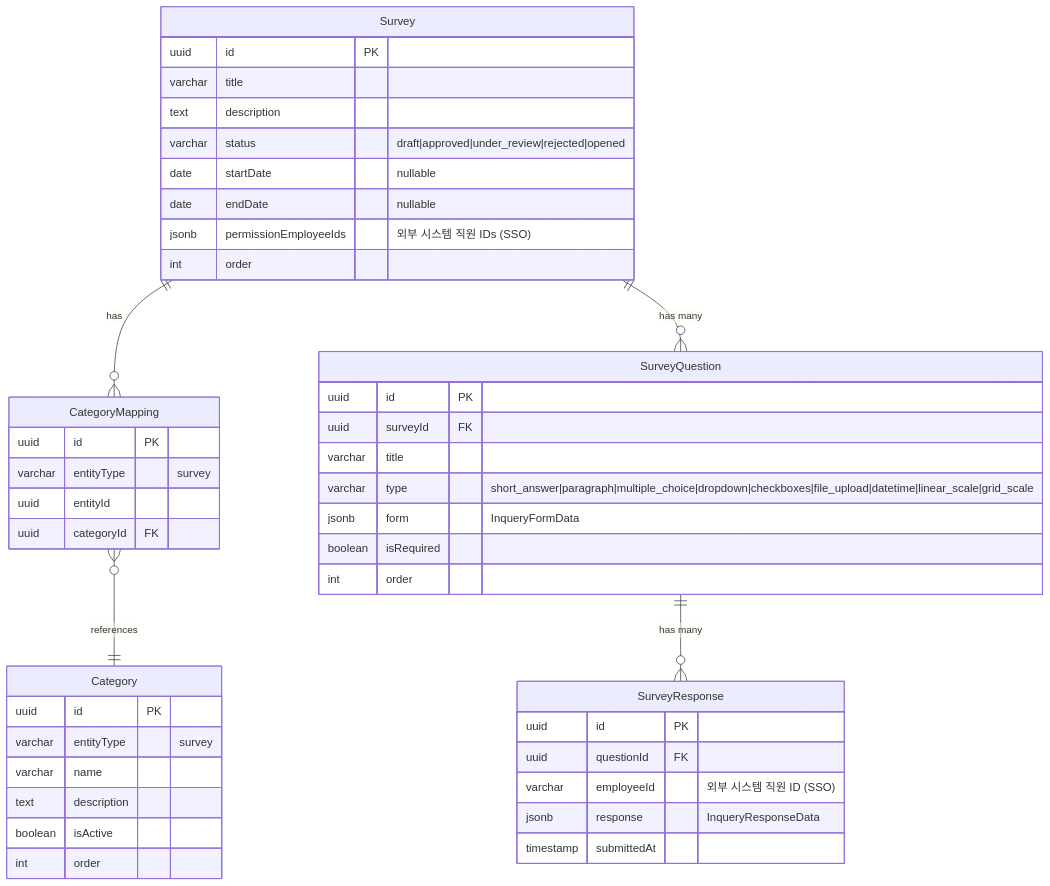
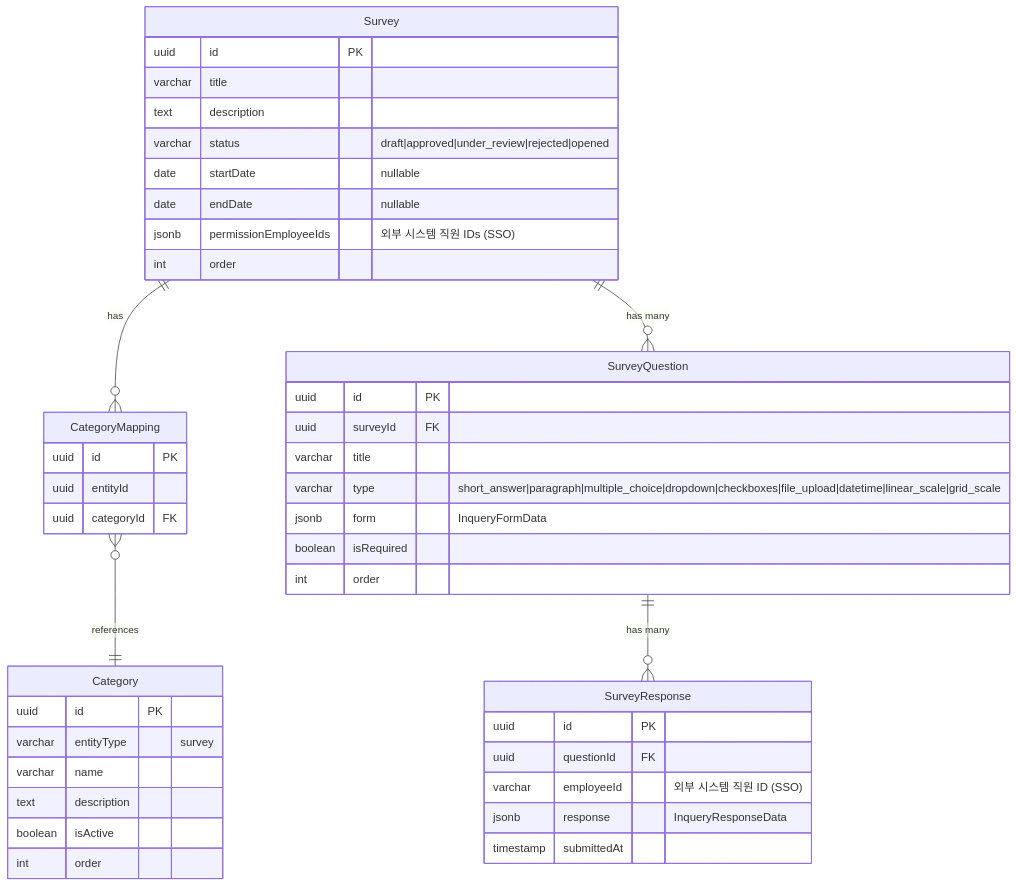
The fifth of 7 diagrams in docs/er-diagram.md (GTD-web/Back_ContentsManagementSystem), drawn with Mermaid before and after one commit. The commit also changed other lines of this file and 1 other file, not shown here.

````diff
--- a/docs/er-diagram.md
+++ b/docs/er-diagram.md
@@ -662,52 +681,51 @@
 ```mermaid
 erDiagram
     Survey {
         uuid id PK
         varchar title
         text description
         varchar status "draft|approved|under_review|rejected|opened"
         date startDate "nullable"
         date endDate "nullable"
         jsonb permissionEmployeeIds "외부 시스템 직원 IDs (SSO)"
         int order
     }
     
     SurveyQuestion {
         uuid id PK
         uuid surveyId FK
         varchar title
         varchar type "short_answer|paragraph|multiple_choice|dropdown|checkboxes|file_upload|datetime|linear_scale|grid_scale"
         jsonb form "InqueryFormData"
         boolean isRequired
         int order
     }
     
     SurveyResponse {
         uuid id PK
         uuid questionId FK
         varchar employeeId "외부 시스템 직원 ID (SSO)"
         jsonb response "InqueryResponseData"
         timestamp submittedAt
     }
     
     CategoryMapping {
         uuid id PK
-        varchar entityType "survey"
         uuid entityId
         uuid categoryId FK
     }
     
     Category {
         uuid id PK
         varchar entityType "survey"
         varchar name
         text description
         boolean isActive
         int order
     }
     
     Survey ||--o{ CategoryMapping : "has"
     CategoryMapping }o--|| Category : "references"
     Survey ||--o{ SurveyQuestion : "has many"
     SurveyQuestion ||--o{ SurveyResponse : "has many"
 ```
````
